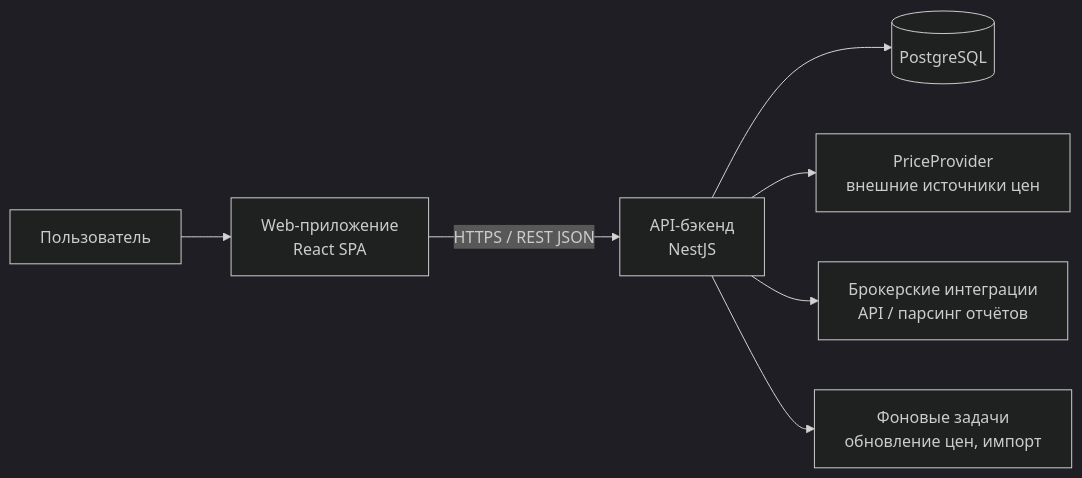
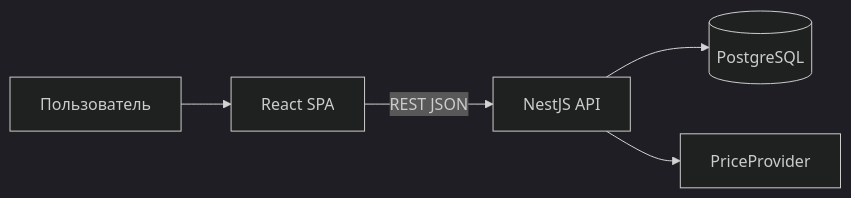
One commit to vowchek/FinFury changed the diagram in docs/architecture/overview.md. Above: the diagram before and after it, drawn with Mermaid (dark theme). The commit also changed other lines of this file and 153 other files, not shown here.

````diff
--- a/docs/architecture/overview.md
+++ b/docs/architecture/overview.md
@@ -13,9 +9,7 @@
 ```mermaid
 flowchart LR
-    U[Пользователь] --> W[Web-приложение<br/>React SPA]
-    W -->|HTTPS / REST JSON| API[API-бэкенд<br/>NestJS]
-    API --> DB[(PostgreSQL)]
-    API --> PP[PriceProvider<br/>внешние источники цен]
-    API --> BR[Брокерские интеграции<br/>API / парсинг отчётов]
-    API --> JOB[Фоновые задачи<br/>обновление цен, импорт]
+  User[Пользователь] --> Web[React SPA]
+  Web -->|REST JSON| Api[NestJS API]
+  Api --> Db[(PostgreSQL)]
+  Api --> Prices[PriceProvider]
 ```
````
